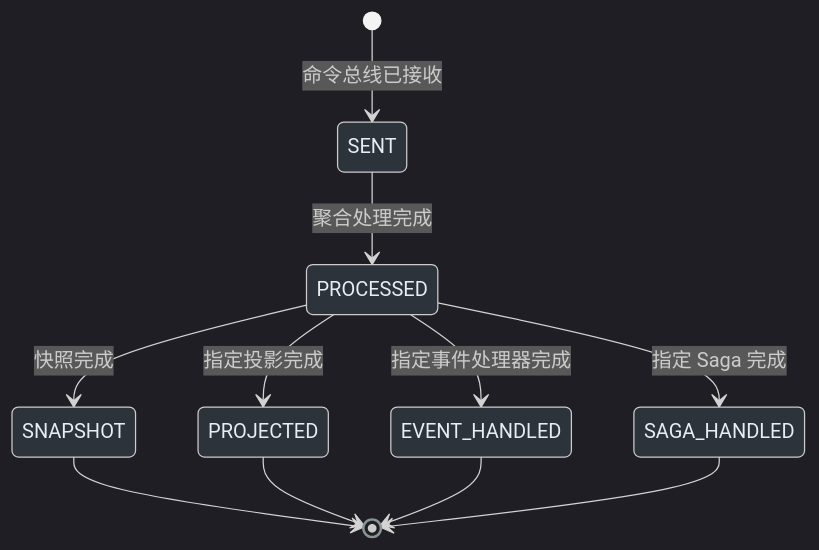
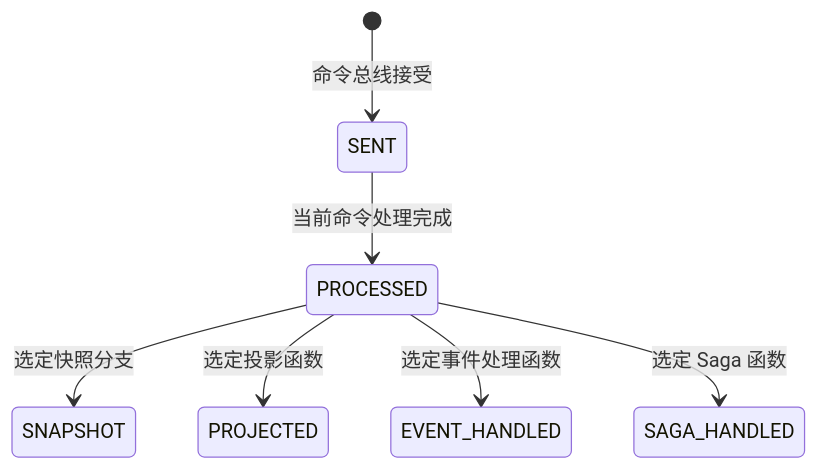
The diagram in documentation/docs/zh/articles/command-success-is-not-complete.md (Ahoo-Wang/Wow), drawn with Mermaid before and after one commit. The commit also changed other lines of this file and 166 other files, not shown here.

````diff
--- a/documentation/docs/zh/articles/command-success-is-not-complete.md
+++ b/documentation/docs/zh/articles/command-success-is-not-complete.md
@@ -47,14 +36,9 @@
 ```mermaid
-%%{init: {"theme": "dark", "themeVariables": {"primaryColor": "#2d333b", "primaryBorderColor": "#6d5dfc", "primaryTextColor": "#e6edf3", "lineColor": "#8b9498", "secondaryColor": "#161b22", "tertiaryColor": "#161b22", "stateBkg": "#2d333b", "stateBorder": "#6d5dfc", "stateLabelColor": "#e6edf3"}}}%%
 stateDiagram-v2
-    [*] --> SENT: 命令总线已接收
-    SENT --> PROCESSED: 聚合处理完成
-    PROCESSED --> SNAPSHOT: 快照完成
-    PROCESSED --> PROJECTED: 指定投影完成
-    PROCESSED --> EVENT_HANDLED: 指定事件处理器完成
-    PROCESSED --> SAGA_HANDLED: 指定 Saga 完成
-    SNAPSHOT --> [*]
-    PROJECTED --> [*]
-    EVENT_HANDLED --> [*]
-    SAGA_HANDLED --> [*]
+    [*] --> SENT: 命令总线接受
+    SENT --> PROCESSED: 当前命令处理完成
+    PROCESSED --> SNAPSHOT: 选定快照分支
+    PROCESSED --> PROJECTED: 选定投影函数
+    PROCESSED --> EVENT_HANDLED: 选定事件处理函数
+    PROCESSED --> SAGA_HANDLED: 选定 Saga 函数
 ```
````
